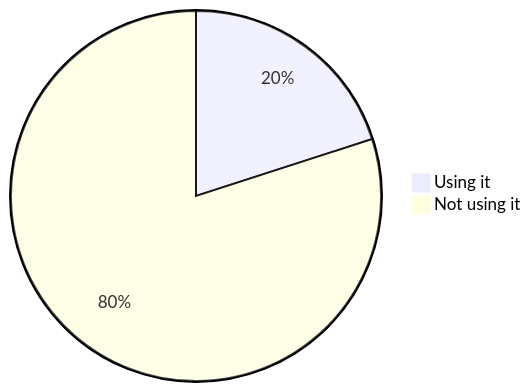
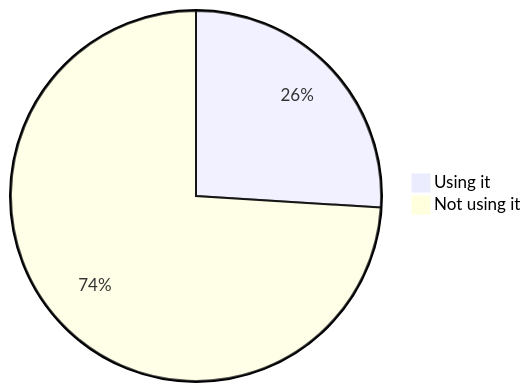
One commit to oshp/oshp-stats changed diagram 14 of 18 in stats.md. Above: the diagram before and after it, drawn with Mermaid. The commit also changed other lines of this file and 1 other file, not shown here.

````diff
--- a/stats.md
+++ b/stats.md
@@ -164,6 +164,6 @@
 ```mermaid
 pie
-	"Using it" : 20.02
-	"Not using it" : 79.98
+	"Using it" : 25.99
+	"Not using it" : 74.01
 
 ```
````
